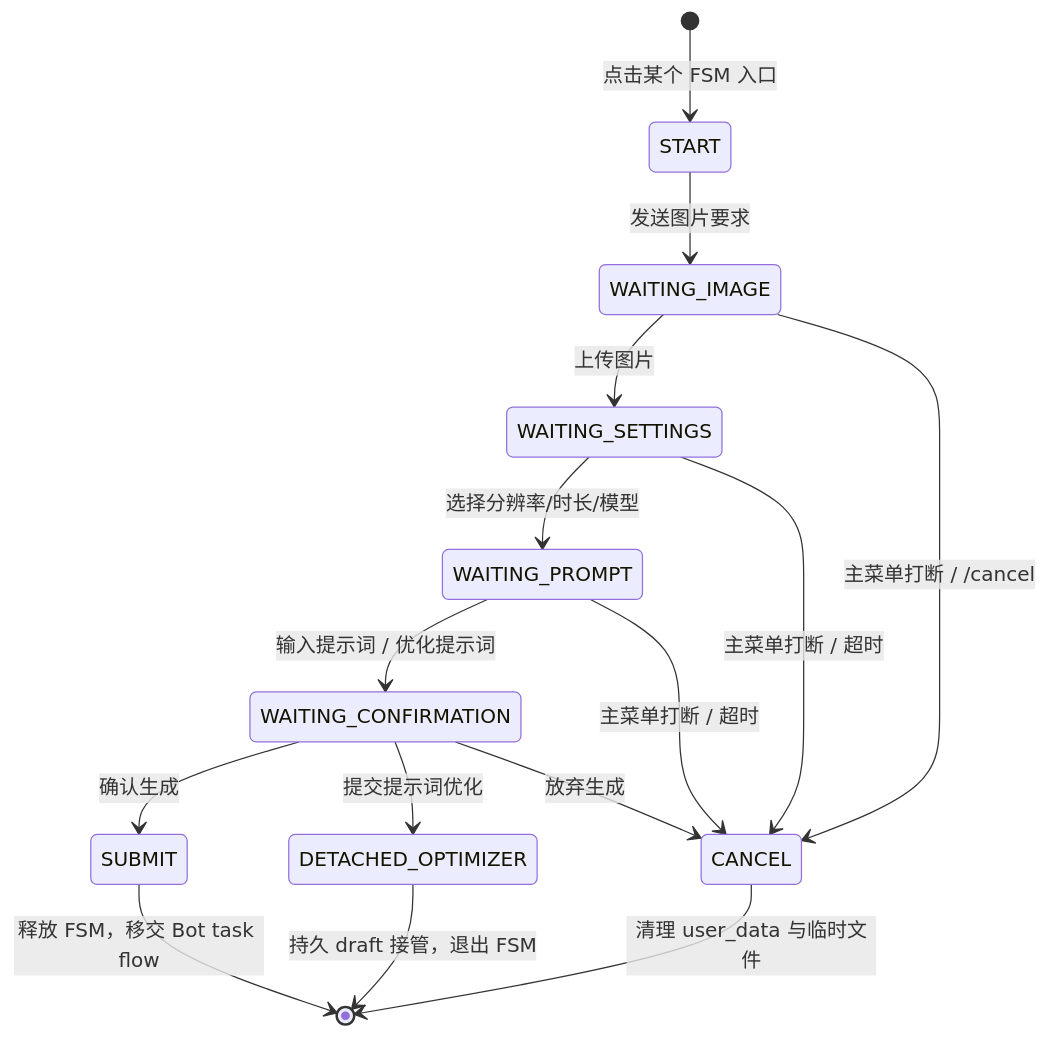
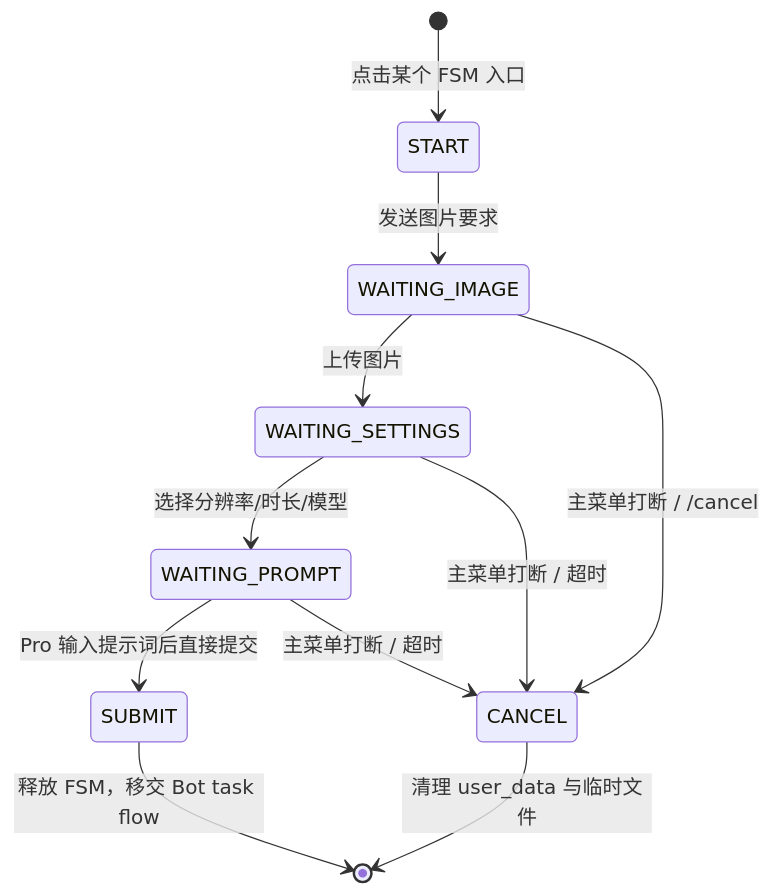
One commit to giraffu/All_bot changed the diagram in docs/子模块_交互状态机_fsm_handlers.md. Above: the diagram before and after it, drawn with Mermaid. The commit also changed other lines of this file and 7 other files, not shown here.

````diff
--- a/docs/子模块_交互状态机_fsm_handlers.md
+++ b/docs/子模块_交互状态机_fsm_handlers.md
@@ -61,17 +53,13 @@
 ```mermaid
 stateDiagram-v2
     [*] --> START : 点击某个 FSM 入口
     START --> WAITING_IMAGE : 发送图片要求
     WAITING_IMAGE --> WAITING_SETTINGS : 上传图片
     WAITING_IMAGE --> CANCEL : 主菜单打断 / /cancel
     WAITING_SETTINGS --> WAITING_PROMPT : 选择分辨率/时长/模型
     WAITING_SETTINGS --> CANCEL : 主菜单打断 / 超时
-    WAITING_PROMPT --> WAITING_CONFIRMATION : 输入提示词 / 优化提示词
+    WAITING_PROMPT --> SUBMIT : Pro 输入提示词后直接提交
     WAITING_PROMPT --> CANCEL : 主菜单打断 / 超时
-    WAITING_CONFIRMATION --> SUBMIT : 确认生成
-    WAITING_CONFIRMATION --> DETACHED_OPTIMIZER : 提交提示词优化
-    DETACHED_OPTIMIZER --> [*] : 持久 draft 接管，退出 FSM
-    WAITING_CONFIRMATION --> CANCEL : 放弃生成
     SUBMIT --> [*] : 释放 FSM，移交 Bot task flow
     CANCEL --> [*] : 清理 user_data 与临时文件
 ```
````
